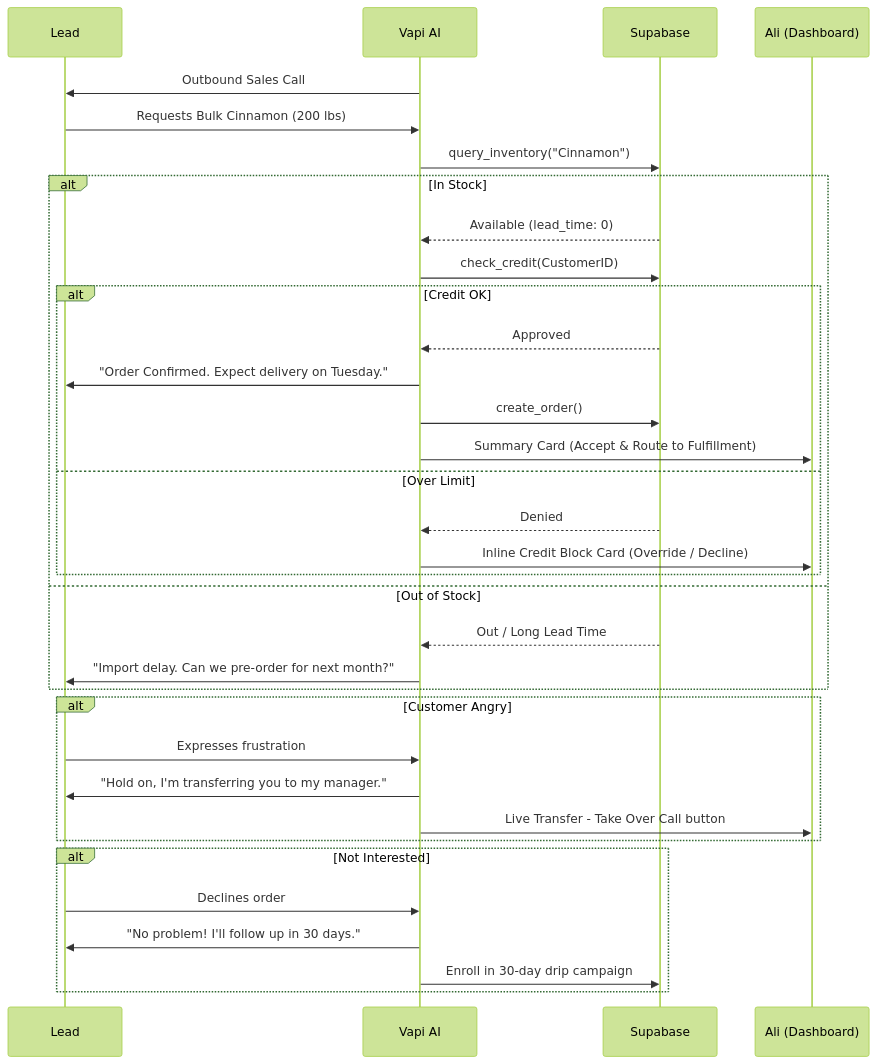
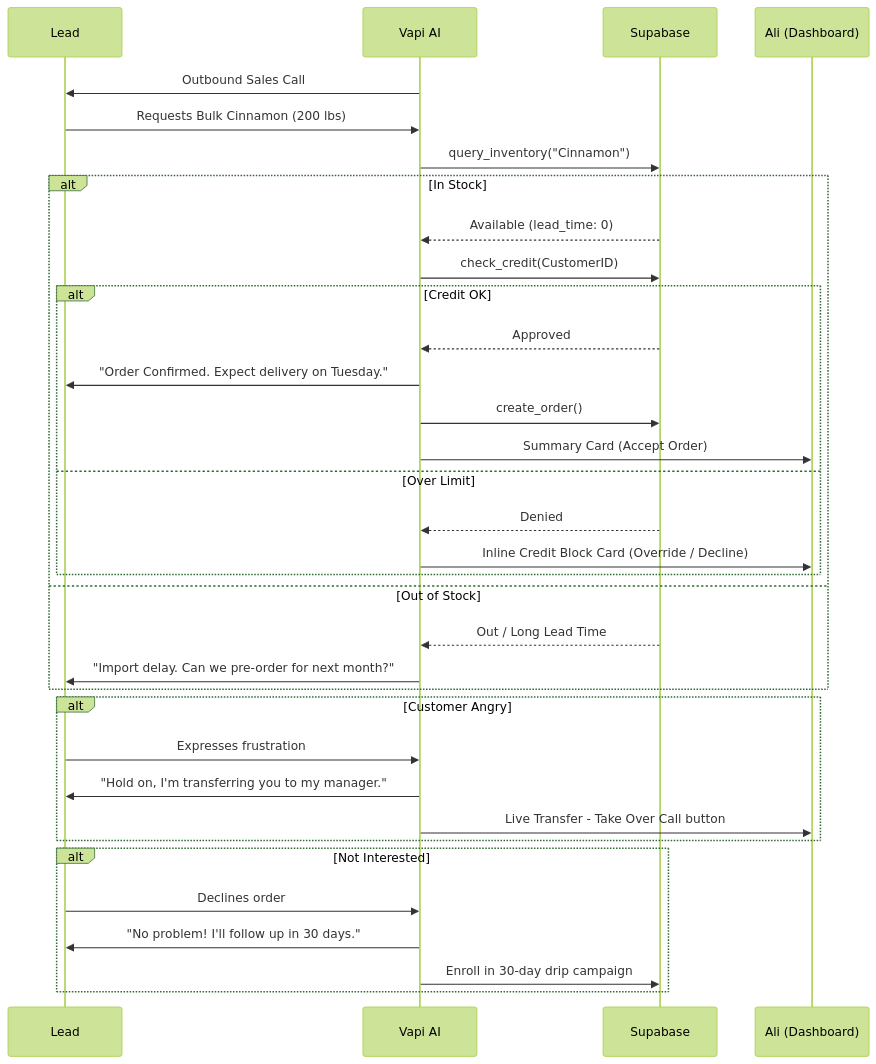
One commit to sk6786/AliWholesaleSaas changed the second of 2 diagrams in ARCHITECTURE.md. Above: the diagram before and after it, drawn with Mermaid (forest theme). The commit also changed other lines of this file and 8 other files, not shown here.

First line of the commit message:
Update all docs and diagrams: staged fulfillment, Generate Routes, two-panel layout

````diff
--- a/ARCHITECTURE.md
+++ b/ARCHITECTURE.md
@@ -47,39 +48,39 @@
 ```mermaid
 sequenceDiagram
     participant L as Lead
     participant V as Vapi AI
     participant S as Supabase
     participant A as Ali (Dashboard)
 
     V->>L: Outbound Sales Call
     L->>V: Requests Bulk Cinnamon (200 lbs)
     V->>S: query_inventory("Cinnamon")
     alt In Stock
         S-->>V: Available (lead_time: 0)
         V->>S: check_credit(CustomerID)
         alt Credit OK
             S-->>V: Approved
             V->>L: "Order Confirmed. Expect delivery on Tuesday."
             V->>S: create_order()
-            V->>A: Summary Card (Accept & Route to Fulfillment)
+            V->>A: Summary Card (Accept Order)
         else Over Limit
             S-->>V: Denied
             V->>A: Inline Credit Block Card (Override / Decline)
         end
     else Out of Stock
         S-->>V: Out / Long Lead Time
         V->>L: "Import delay. Can we pre-order for next month?"
     end
 
     alt Customer Angry
         L->>V: Expresses frustration
         V->>L: "Hold on, I'm transferring you to my manager."
         V->>A: Live Transfer - Take Over Call button
     end
 
     alt Not Interested
         L->>V: Declines order
         V->>L: "No problem! I'll follow up in 30 days."
         V->>S: Enroll in 30-day drip campaign
     end
 ```
````
